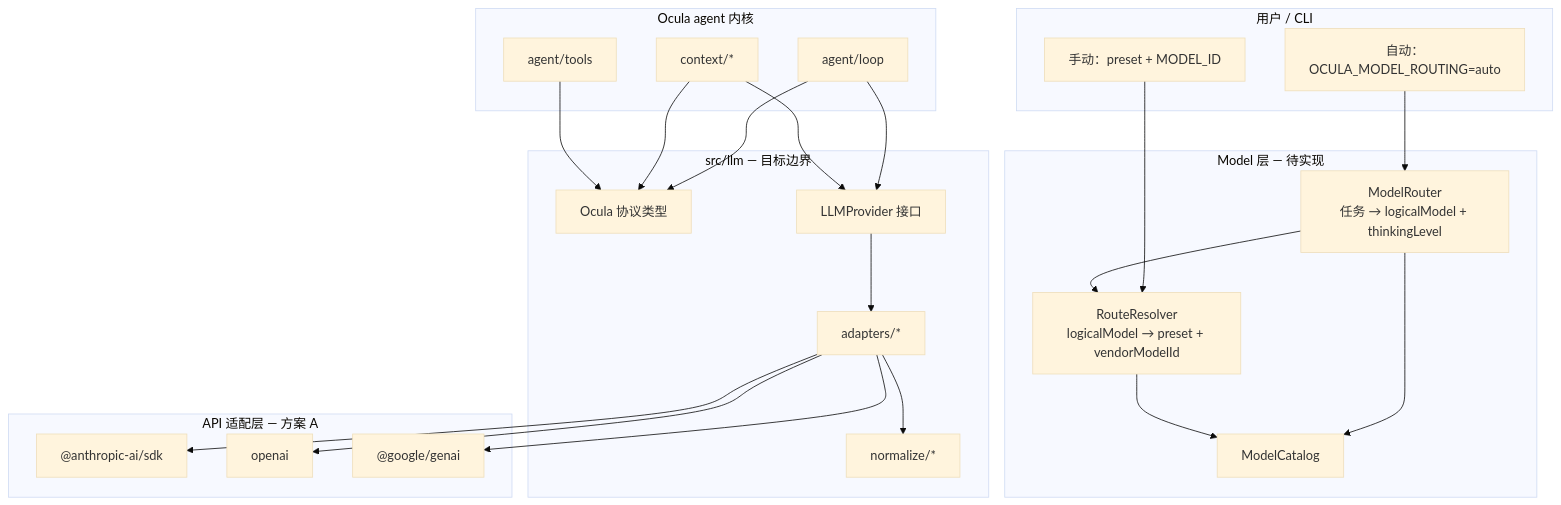
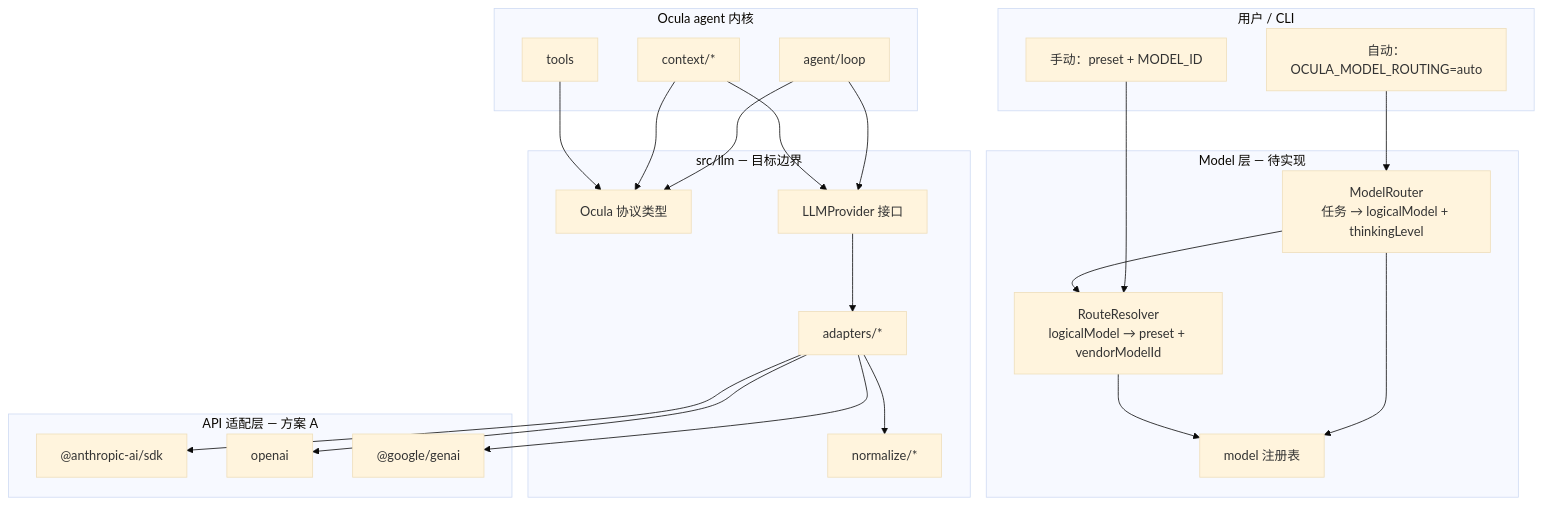
The diagram in docs/spec/llm-provider.md (chendpoc/moontide), drawn with Mermaid (base theme) before and after one commit. The commit also changed other lines of this file and 142 other files, not shown here.

````diff
--- a/docs/spec/llm-provider.md
+++ b/docs/spec/llm-provider.md
@@ -84,47 +107,47 @@
 ```mermaid
 flowchart TB
   subgraph user [用户 / CLI]
     Manual["手动：preset + MODEL_ID"]
     Auto["自动：OCULA_MODEL_ROUTING=auto"]
   end
 
   subgraph core [Ocula agent 内核]
     Loop["agent/loop"]
     Context["context/*"]
-    Tools["agent/tools"]
+    Tools["tools"]
   end
 
   subgraph routing [Model 层 — 待实现]
     Router["ModelRouter<br/>任务 → logicalModel + thinkingLevel"]
     Resolver["RouteResolver<br/>logicalModel → preset + vendorModelId"]
-    Catalog["ModelCatalog"]
+    ModelRegistry["model 注册表"]
   end
 
   subgraph llm [src/llm — 目标边界]
     Types["Ocula 协议类型"]
     Normalize["normalize/*"]
     Prov["LLMProvider 接口"]
     Adapters["adapters/*"]
   end
 
   subgraph adapterLayer [API 适配层 — 方案 A]
     AnthropicSDK["@anthropic-ai/sdk"]
     OpenAISDK["openai"]
     GeminiSDK["@google/genai"]
   end
 
   Manual --> Resolver
   Auto --> Router --> Resolver
-  Router --> Catalog
-  Resolver --> Catalog
+  Router --> ModelRegistry
+  Resolver --> ModelRegistry
   Loop --> Types
   Context --> Types
   Tools --> Types
   Loop --> Prov
   Context --> Prov
   Prov --> Adapters
   Adapters --> Normalize
   Adapters --> AnthropicSDK
   Adapters --> OpenAISDK
   Adapters --> GeminiSDK
 ```
````
